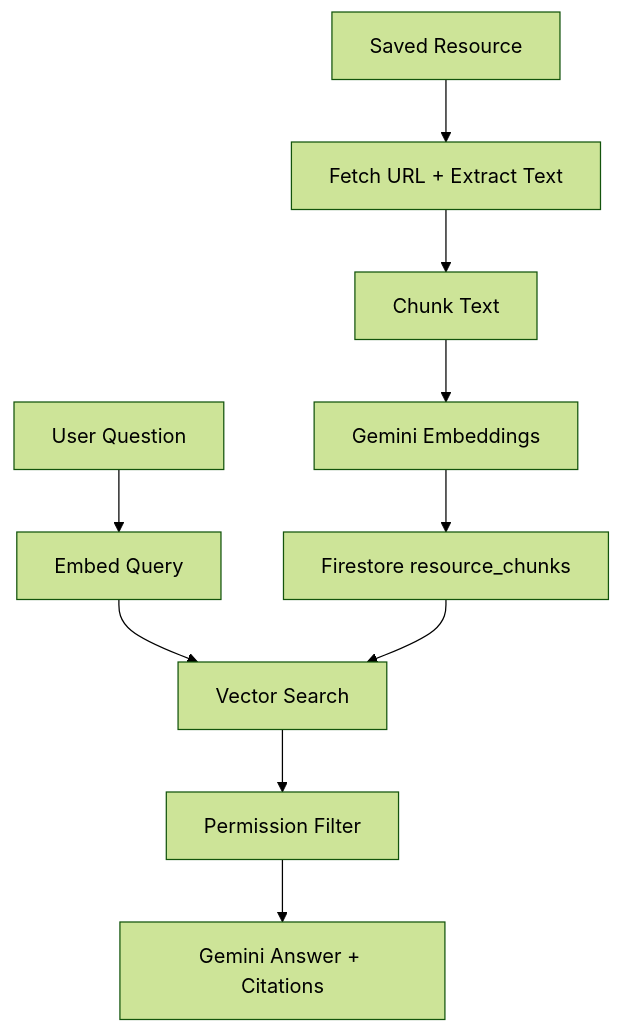
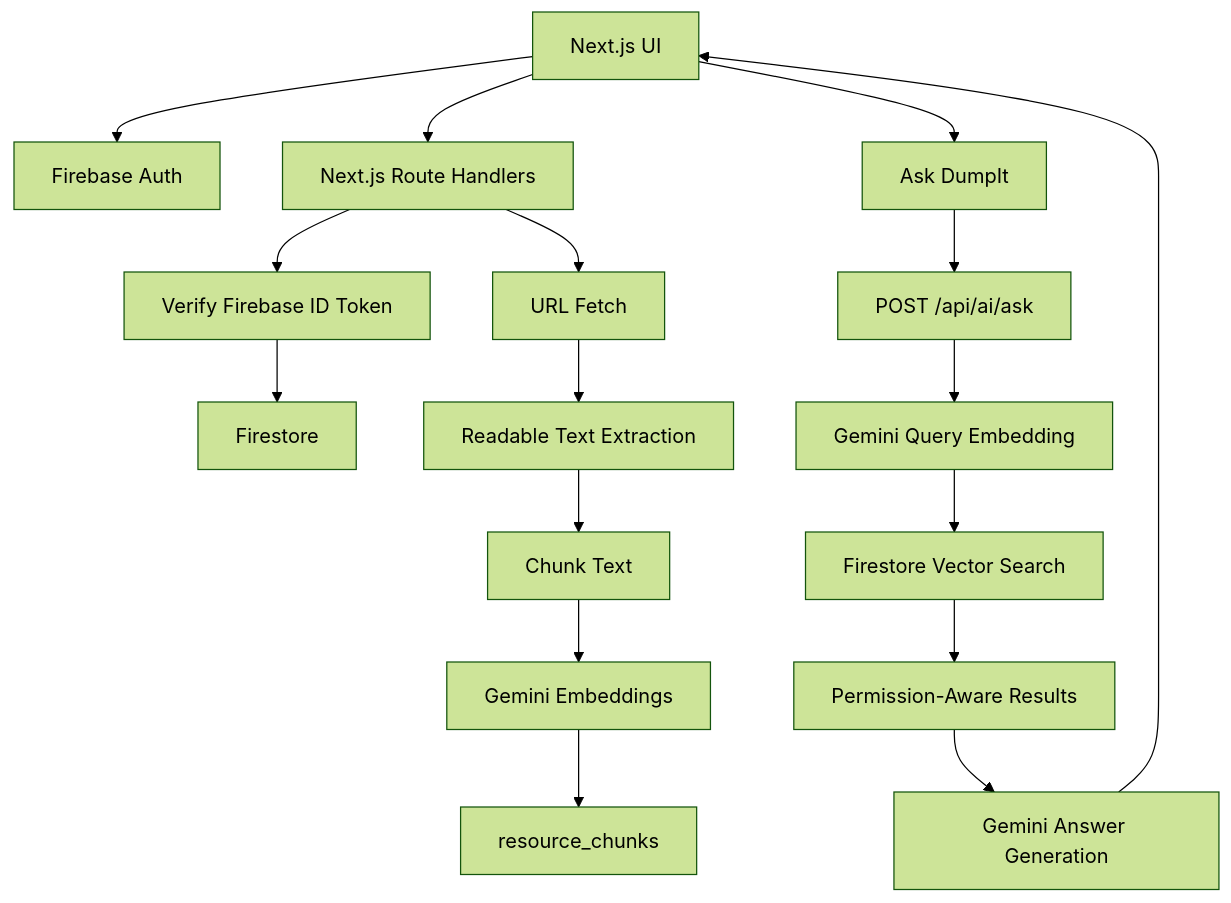
Before and after one commit to Rayan9064/dumpit: the diagram in docs/system-design.md, drawn with Mermaid (forest theme). The commit also changed other lines of this file and 6 other files, not shown here.

````diff
--- a/docs/system-design.md
+++ b/docs/system-design.md
@@ -17,12 +17,21 @@
 ```mermaid
 flowchart TD
-    Resource["Saved Resource"] --> Extract["Fetch URL + Extract Text"]
+    UI["Next.js UI"] --> Auth["Firebase Auth"]
+    UI --> API["Next.js Route Handlers"]
+    API --> Verify["Verify Firebase ID Token"]
+    Verify --> Firestore["Firestore"]
+
+    API --> Fetch["URL Fetch"]
+    Fetch --> Extract["Readable Text Extraction"]
     Extract --> Chunk["Chunk Text"]
     Chunk --> Embed["Gemini Embeddings"]
-    Embed --> Vector["Firestore resource_chunks"]
-    Question["User Question"] --> QueryEmbed["Embed Query"]
-    QueryEmbed --> Search["Vector Search"]
-    Vector --> Search
-    Search --> Authz["Permission Filter"]
-    Authz --> Answer["Gemini Answer + Citations"]
+    Embed --> Chunks["resource_chunks"]
+
+    UI --> Ask["Ask DumpIt"]
+    Ask --> AskAPI["POST /api/ai/ask"]
+    AskAPI --> QueryEmbed["Gemini Query Embedding"]
+    QueryEmbed --> Vector["Firestore Vector Search"]
+    Vector --> Filter["Permission-Aware Results"]
+    Filter --> Generate["Gemini Answer Generation"]
+    Generate --> UI
 ```
````
